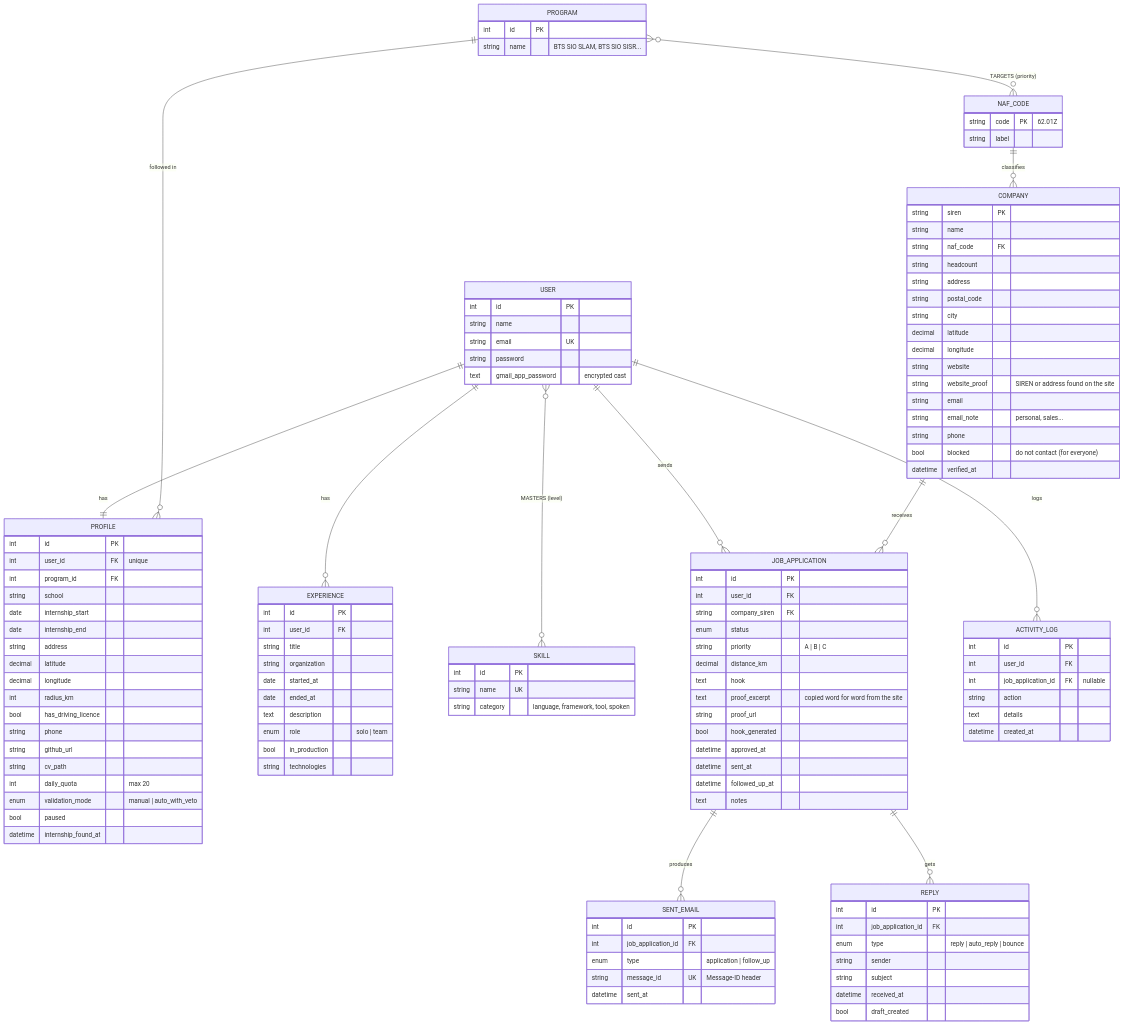
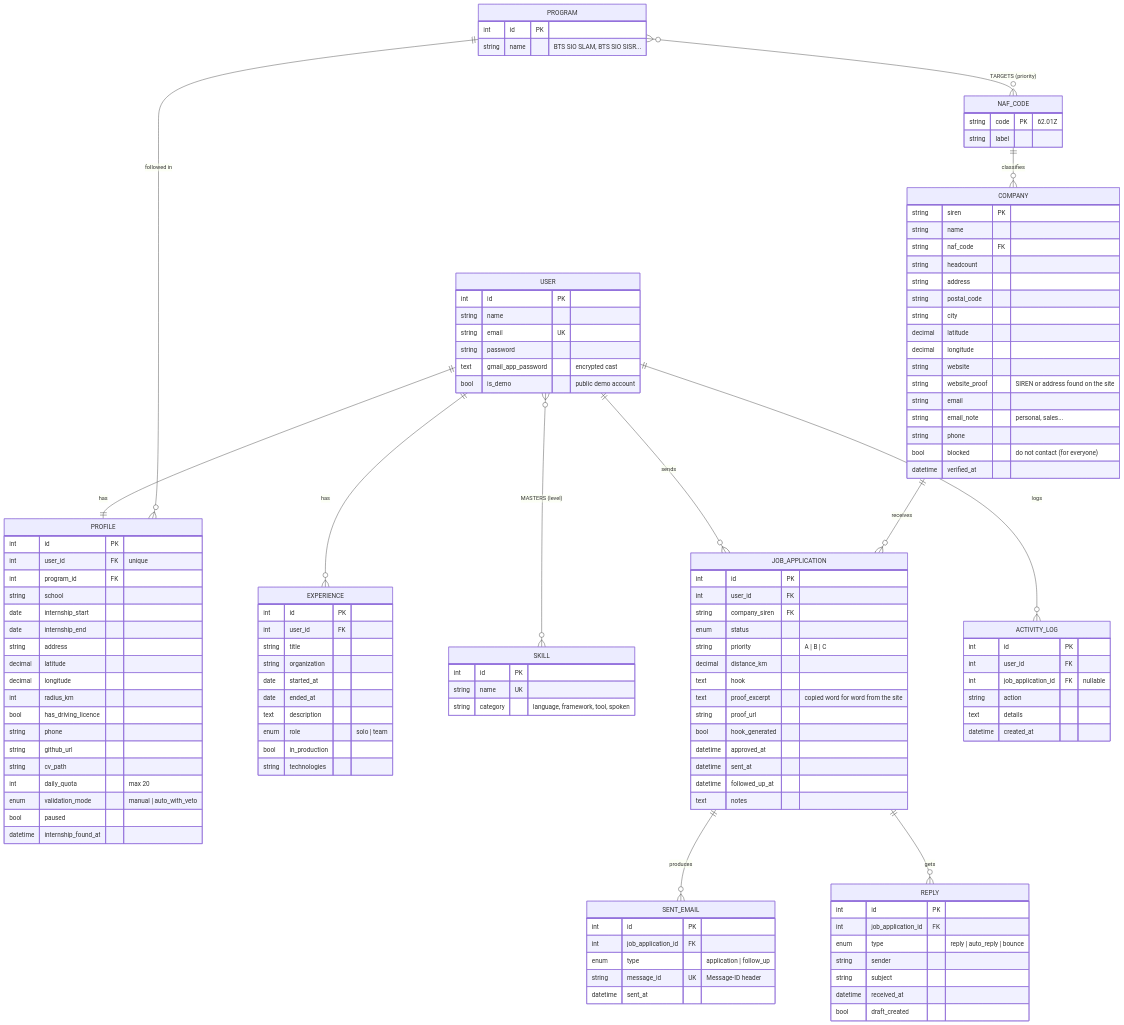
The diagram in docs/MCD.md (mohamed-ali-akir/stagepilot), drawn with Mermaid before and after one commit. The commit also changed 7 other files, not shown here.

First line of the commit message:
README pour recruteurs : démo, captures d'écran, schémas Mermaid (architecture, cycle de vie, données), choix techniques

```diff
--- a/docs/MCD.md
+++ b/docs/MCD.md
@@ -30,6 +30,7 @@
         string email UK
         string password
         text gmail_app_password "encrypted cast"
+        bool is_demo "public demo account"
     }
     PROFILE {
         int id PK
```
